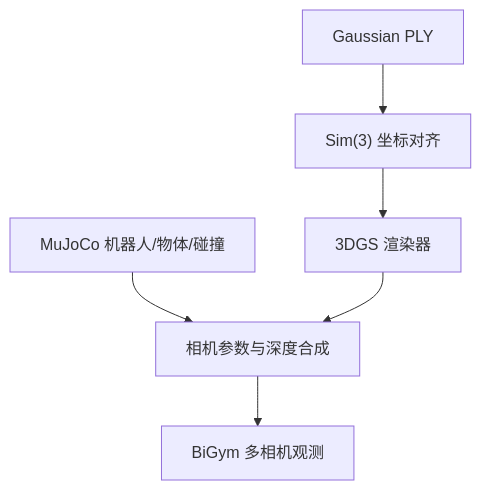
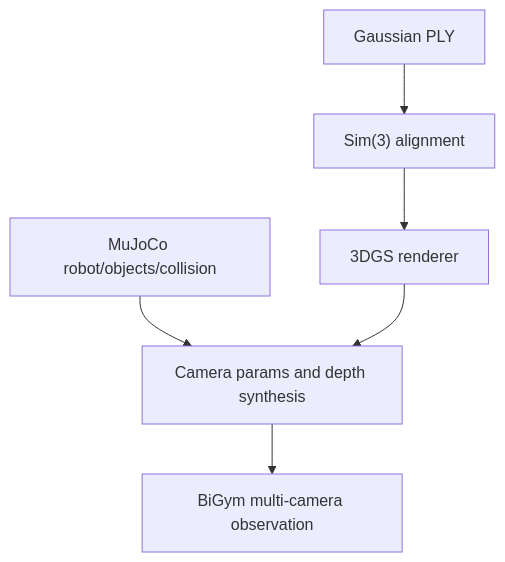
Before and after one commit to eust-w/amd-bigym-3dgs-rocm: the diagram in docs/06-shell-import.md, drawn with Mermaid. The commit also changed other lines of this file and 31 other files, not shown here.

````diff
--- a/docs/06-shell-import.md
+++ b/docs/06-shell-import.md
@@ -7,8 +7,8 @@
 ```mermaid
 flowchart TB
-    P["Gaussian PLY"] --> A["Sim(3) 坐标对齐"]
-    A --> R["3DGS 渲染器"]
-    M["MuJoCo 机器人/物体/碰撞"] --> C["相机参数与深度合成"]
+    P["Gaussian PLY"] --> A["Sim(3) alignment"]
+    A --> R["3DGS renderer"]
+    M["MuJoCo robot/objects/collision"] --> C["Camera params and depth synthesis"]
     R --> C
-    C --> O["BiGym 多相机观测"]
+    C --> O["BiGym multi-camera observation"]
 ```
````
